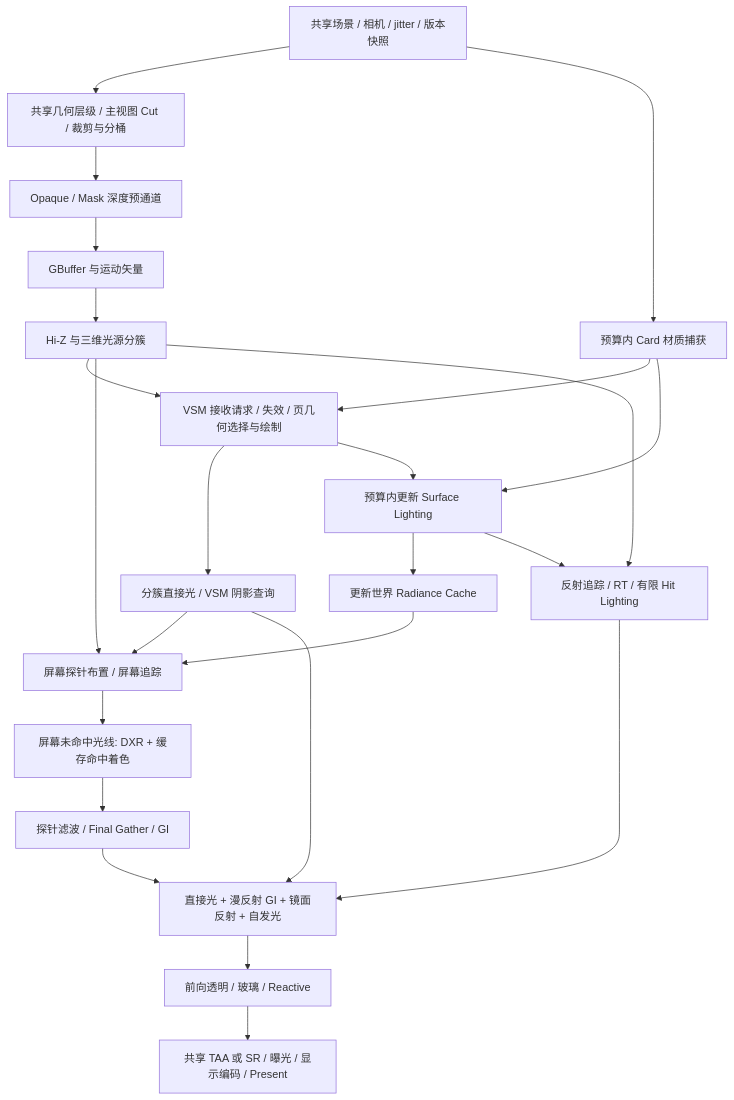
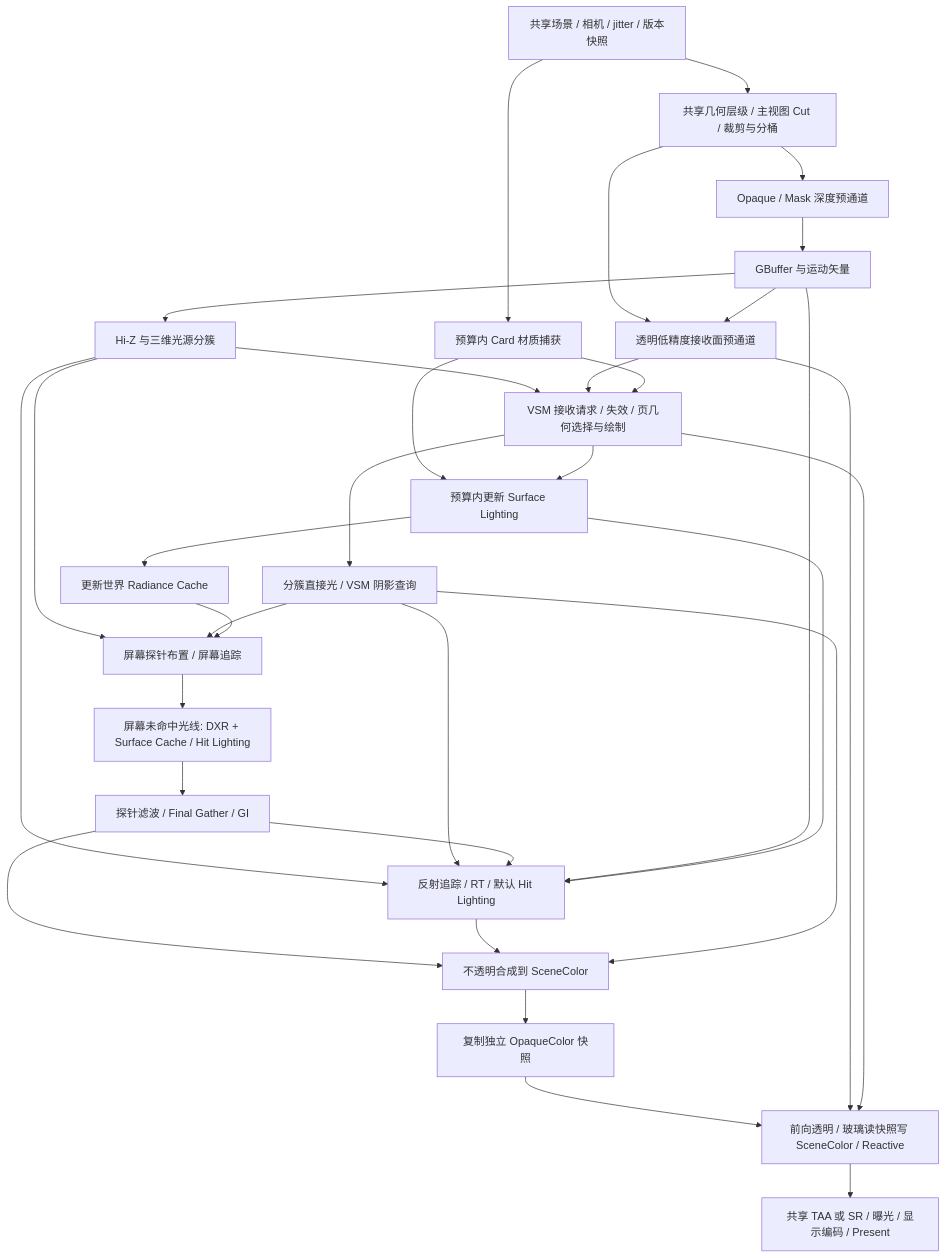
The second of 2 diagrams in docs/RASTER_PIPELINE_DESIGN.md (Johnwikix/DXRDemo), drawn with Mermaid before and after one commit. The commit also changed other lines of this file and 2 other files, not shown here.

````diff
--- a/docs/RASTER_PIPELINE_DESIGN.md
+++ b/docs/RASTER_PIPELINE_DESIGN.md
@@ -149,26 +151,35 @@
 ```mermaid
 flowchart TD
     FRAME[共享场景 / 相机 / jitter / 版本快照] --> CULL[共享几何层级 / 主视图 Cut / 裁剪与分桶]
     CULL --> DEPTH[Opaque / Mask 深度预通道]
     DEPTH --> GB[GBuffer 与运动矢量]
     GB --> HIZ[Hi-Z 与三维光源分簇]
+    CULL --> TPRE[透明低精度接收面预通道]
+    GB --> TPRE
     HIZ --> VSM[VSM 接收请求 / 失效 / 页几何选择与绘制]
+    TPRE --> VSM
     FRAME --> CARDS[预算内 Card 材质捕获]
     CARDS --> VSM
     VSM --> DIRECT[分簇直接光 / VSM 阴影查询]
     CARDS --> CACHE[预算内更新 Surface Lighting]
     VSM --> CACHE
     CACHE --> WORLD[更新世界 Radiance Cache]
     HIZ --> PROBE[屏幕探针布置 / 屏幕追踪]
     DIRECT --> PROBE
     WORLD --> PROBE
-    PROBE --> RT[屏幕未命中光线: DXR + 缓存命中着色]
+    PROBE --> RT[屏幕未命中光线: DXR + Surface Cache / Hit Lighting]
     RT --> GATHER[探针滤波 / Final Gather / GI]
-    HIZ --> REFL[反射追踪 / RT / 有限 Hit Lighting]
+    HIZ --> REFL[反射追踪 / RT / 默认 Hit Lighting]
+    DIRECT --> REFL
+    GATHER --> REFL
+    GB --> REFL
     CACHE --> REFL
-    GATHER --> COMPOSE[直接光 + 漫反射 GI + 镜面反射 + 自发光]
+    GATHER --> COMPOSE[不透明合成到 SceneColor]
     REFL --> COMPOSE
     DIRECT --> COMPOSE
-    COMPOSE --> TRANSPARENT[前向透明 / 玻璃 / Reactive]
+    COMPOSE --> SNAPSHOT[复制独立 OpaqueColor 快照]
+    SNAPSHOT --> TRANSPARENT[前向透明 / 玻璃读快照写 SceneColor / Reactive]
+    TPRE --> TRANSPARENT
+    VSM --> TRANSPARENT
     TRANSPARENT --> POST[共享 TAA 或 SR / 曝光 / 显示编码 / Present]
 ```
````
